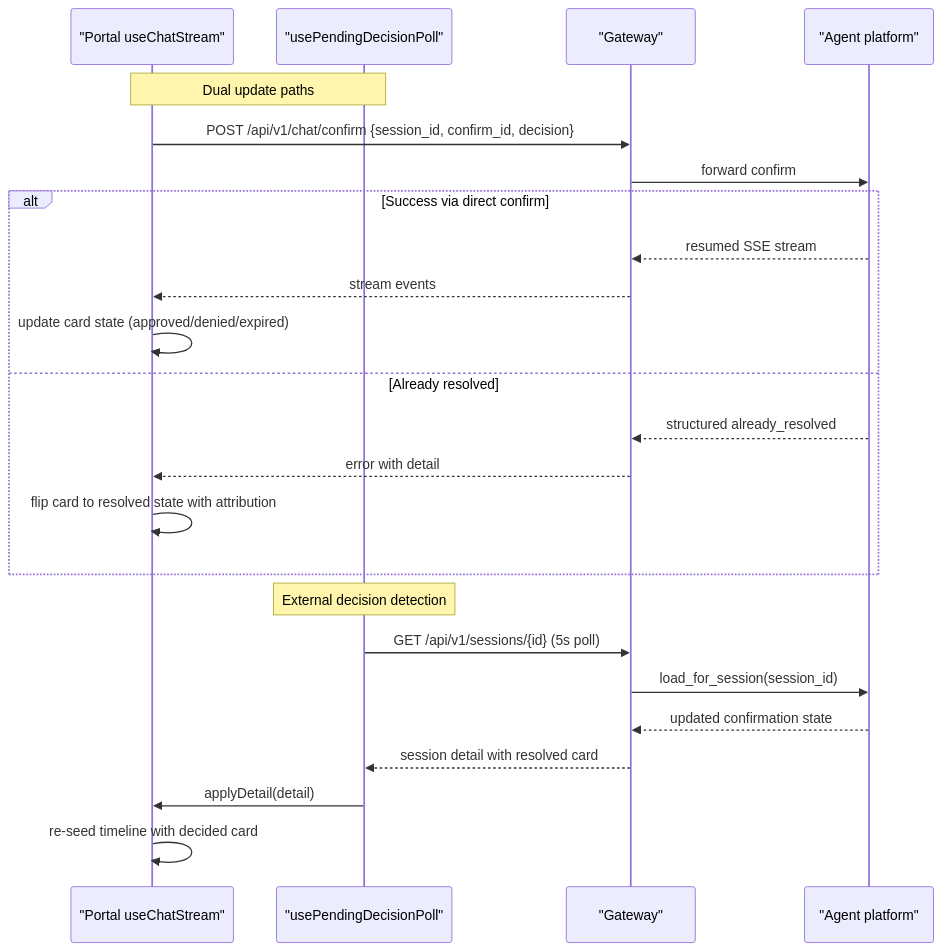
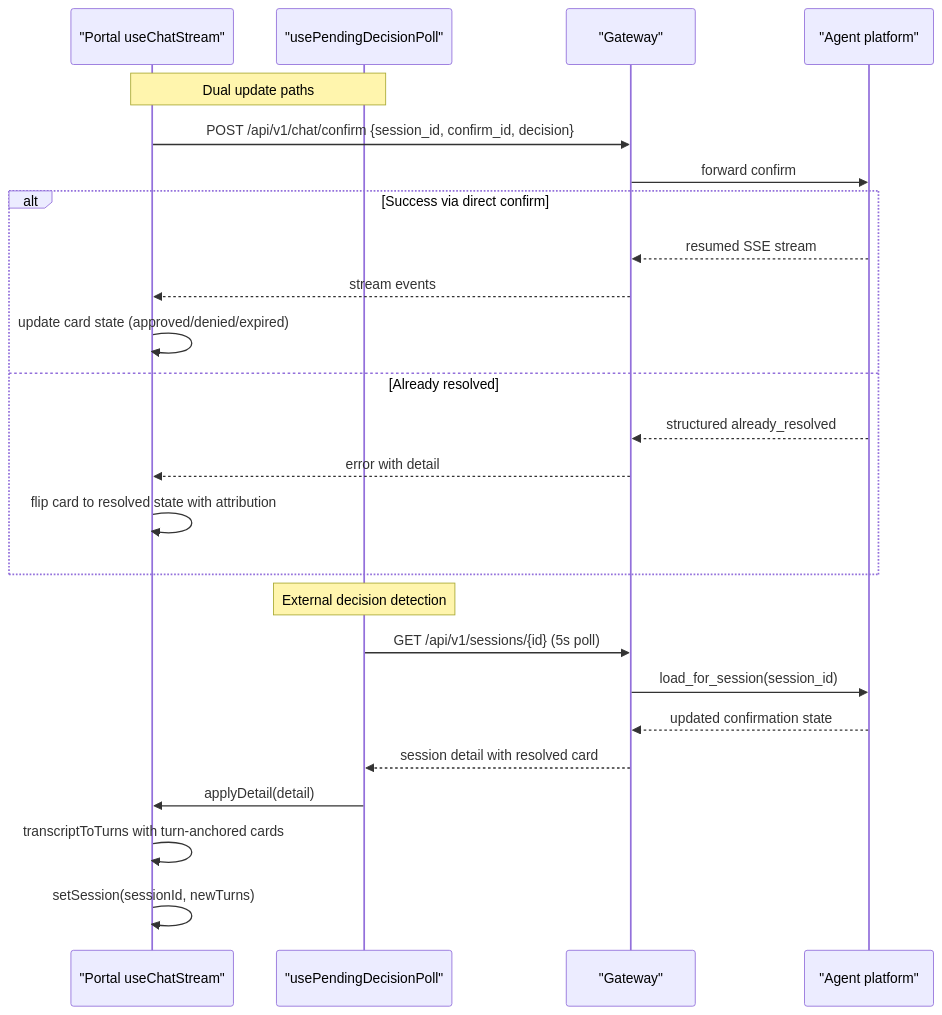
One commit to metasync/luban-aiops changed the eighth of 9 diagrams in .qoder/repowiki/en/content/Architecture Documentation/SPEC-031_ Approval Inbox and Persistent Confirmation Cards.md. Above: the diagram before and after it, drawn with Mermaid. The commit also changed other lines of this file and 5 other files, not shown here.

````diff
--- a/.qoder/repowiki/en/content/Architecture Documentation/SPEC-031_ Approval Inbox and Persistent Confirmation Cards.md
+++ b/.qoder/repowiki/en/content/Architecture Documentation/SPEC-031_ Approval Inbox and Persistent Confirmation Cards.md
@@ -336,26 +391,27 @@
 ```mermaid
 sequenceDiagram
 participant Portal as "Portal useChatStream"
 participant PollHook as "usePendingDecisionPoll"
 participant Gateway as "Gateway"
 participant Agent as "Agent platform"
 Note over Portal,PollHook : Dual update paths
 Portal->>Gateway : POST /api/v1/chat/confirm {session_id, confirm_id, decision}
 Gateway->>Agent : forward confirm
 alt Success via direct confirm
 Agent-->>Gateway : resumed SSE stream
 Gateway-->>Portal : stream events
 Portal->>Portal : update card state (approved/denied/expired)
 else Already resolved
 Agent-->>Gateway : structured already_resolved
 Gateway-->>Portal : error with detail
 Portal->>Portal : flip card to resolved state with attribution
 end
 Note over PollHook : External decision detection
 PollHook->>Gateway : GET /api/v1/sessions/{id} (5s poll)
 Gateway->>Agent : load_for_session(session_id)
 Agent-->>Gateway : updated confirmation state
 Gateway-->>PollHook : session detail with resolved card
 PollHook->>Portal : applyDetail(detail)
-Portal->>Portal : re-seed timeline with decided card
+Portal->>Portal : transcriptToTurns with turn-anchored cards
+Portal->>Portal : setSession(sessionId, newTurns)
 ```
````
